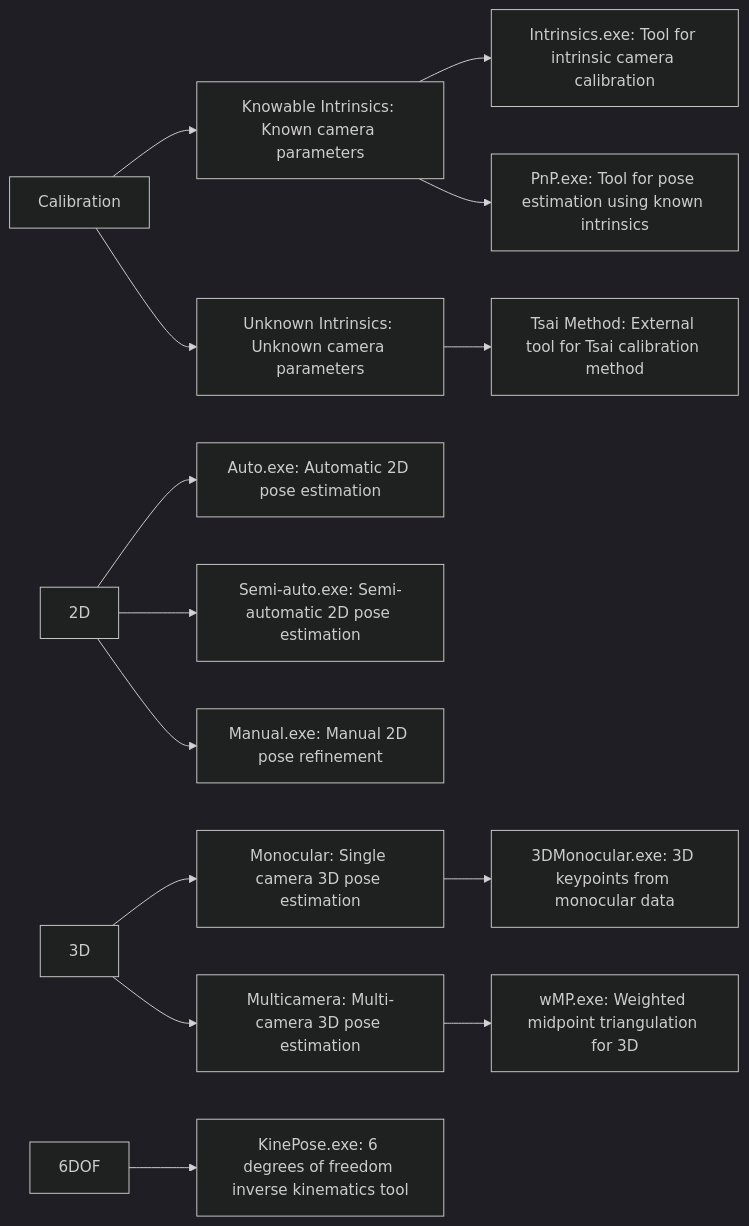
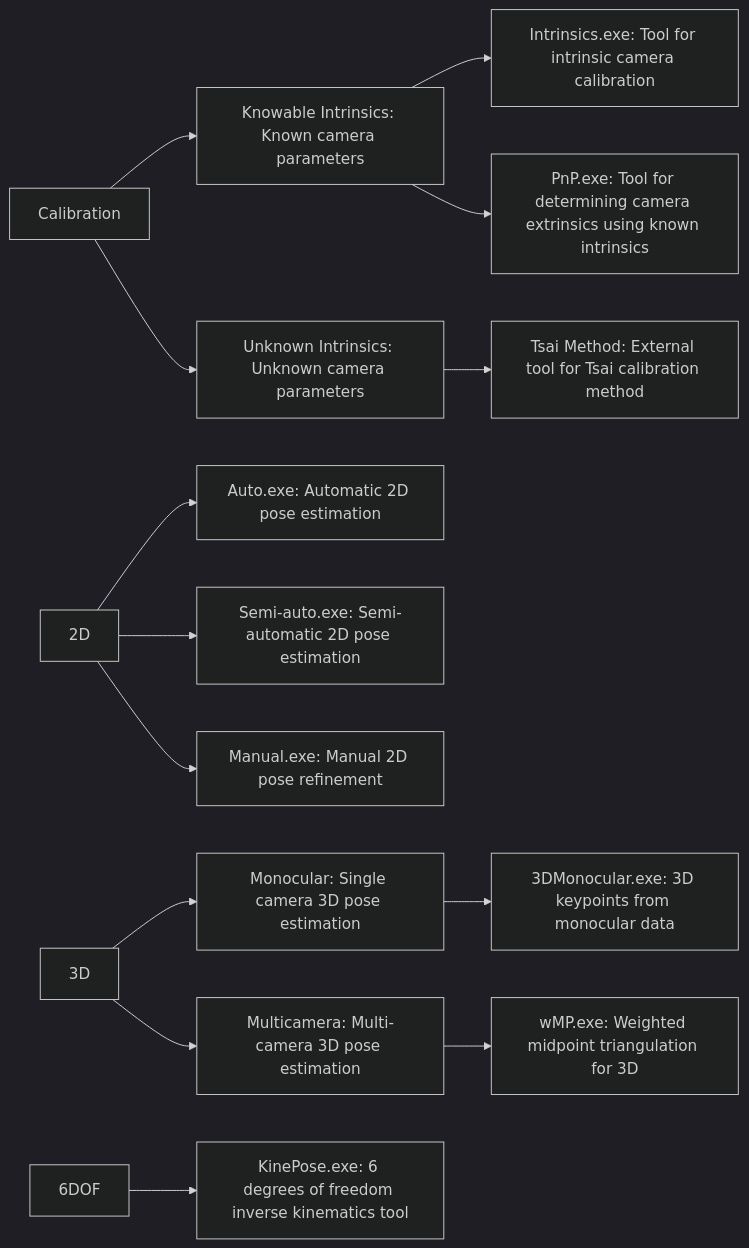
Before and after one commit to KevGildea/KinePose: the diagram in README.md, drawn with Mermaid (dark theme).

````diff
--- a/README.md
+++ b/README.md
@@ -21,19 +21,19 @@
 ```mermaid
 graph LR;
     Calibration --> Knowable[Knowable Intrinsics: Known camera parameters];
     Knowable --> Intrinsics[Intrinsics.exe: Tool for intrinsic camera calibration];
-    Knowable --> PnP[PnP.exe: Tool for pose estimation using known intrinsics];
+    Knowable --> PnP[PnP.exe: Tool for determining camera extrinsics using known intrinsics];
     Calibration --> Unknown[Unknown Intrinsics: Unknown camera parameters];
     Unknown --> Tsai[Tsai Method: External tool for Tsai calibration method];
     
     2D --> Auto[Auto.exe: Automatic 2D pose estimation];
     2D --> SemiAuto[Semi-auto.exe: Semi-automatic 2D pose estimation];
     2D --> Manual[Manual.exe: Manual 2D pose refinement];
     
     3D --> Monocular[Monocular: Single camera 3D pose estimation];
     Monocular --> 3DMonocular[3DMonocular.exe: 3D keypoints from monocular data];
     3D --> Multicamera[Multicamera: Multi-camera 3D pose estimation];
     Multicamera --> wMP[wMP.exe: Weighted midpoint triangulation for 3D];
     
     6DOF --> KinePose[KinePose.exe: 6 degrees of freedom inverse kinematics tool];
 ```
````
